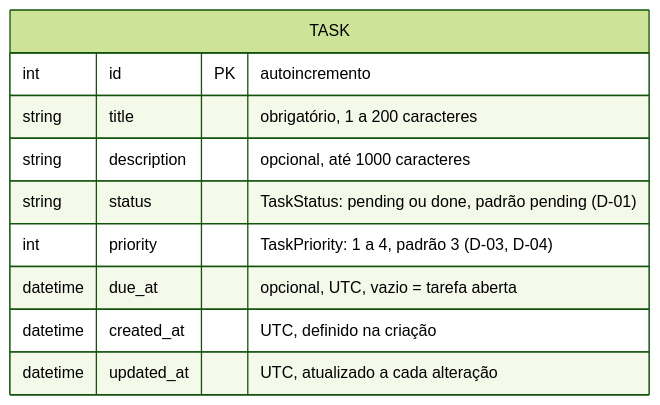
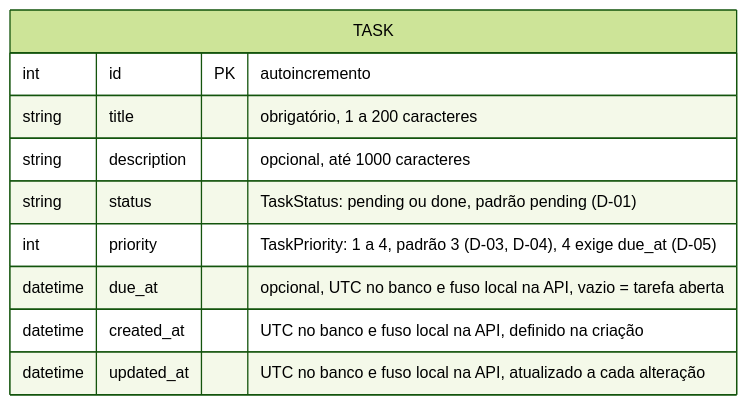
Before and after one commit to luisZsiqueira/laboratorio-projeto: the fifth of 6 diagrams in docs/arquitetura.md, drawn with Mermaid (forest theme). The commit also changed other lines of this file and 8 other files, not shown here.

````diff
--- a/docs/arquitetura.md
+++ b/docs/arquitetura.md
@@ -211,13 +221,13 @@
 ```mermaid
 erDiagram
     TASK {
         int id PK "autoincremento"
         string title "obrigatório, 1 a 200 caracteres"
         string description "opcional, até 1000 caracteres"
         string status "TaskStatus: pending ou done, padrão pending (D-01)"
-        int priority "TaskPriority: 1 a 4, padrão 3 (D-03, D-04)"
-        datetime due_at "opcional, UTC, vazio = tarefa aberta"
-        datetime created_at "UTC, definido na criação"
-        datetime updated_at "UTC, atualizado a cada alteração"
+        int priority "TaskPriority: 1 a 4, padrão 3 (D-03, D-04), 4 exige due_at (D-05)"
+        datetime due_at "opcional, UTC no banco e fuso local na API, vazio = tarefa aberta"
+        datetime created_at "UTC no banco e fuso local na API, definido na criação"
+        datetime updated_at "UTC no banco e fuso local na API, atualizado a cada alteração"
     }
 ```
````
